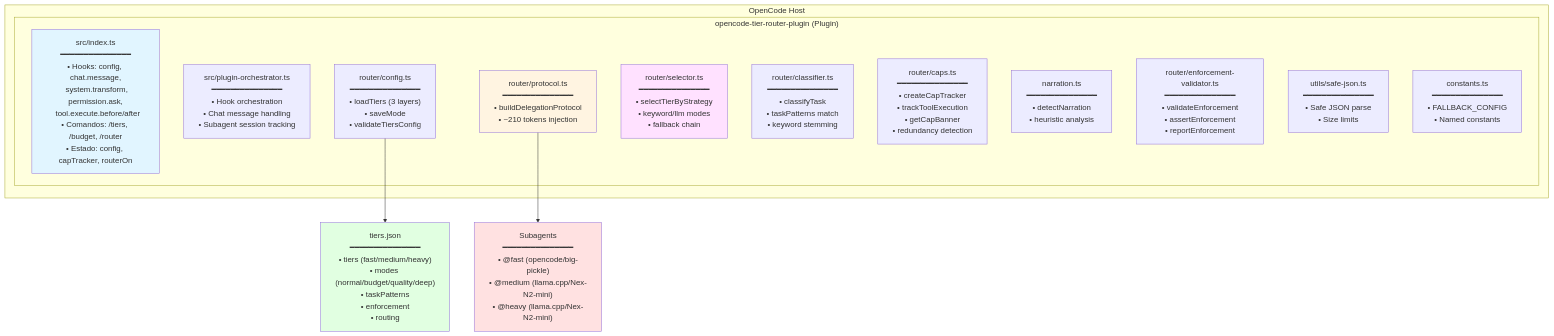
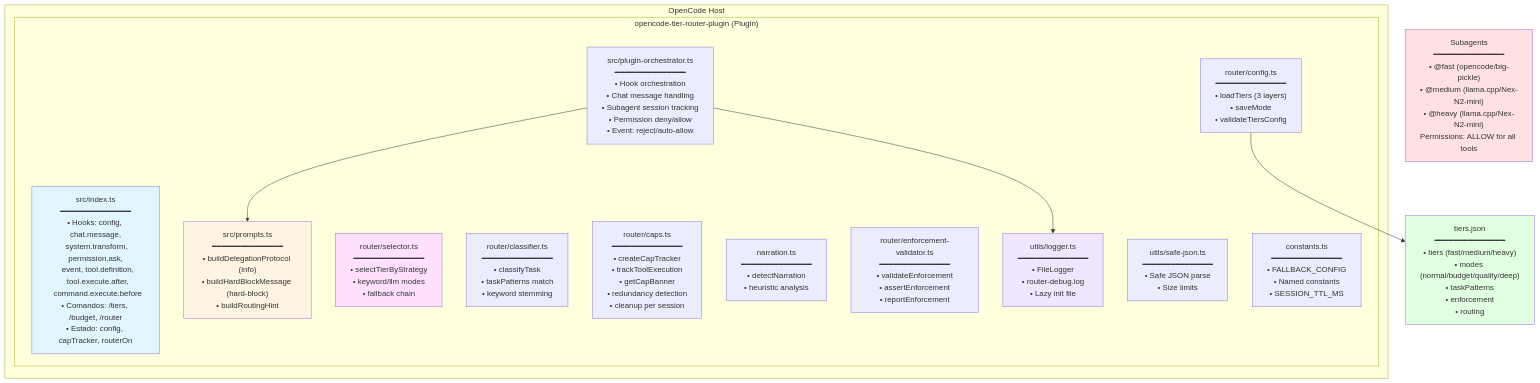
One commit to marcos2872/opencode-tier-router-plugin changed the first of 2 diagrams in docs/arquitetura.md. Above: the diagram before and after it, drawn with Mermaid. The commit also changed other lines of this file and 9 other files, not shown here.

First line of the commit message:
fix: replace programmatic permission blocking with prompt-based hard-block + fix /router command parsing

````diff
--- a/docs/arquitetura.md
+++ b/docs/arquitetura.md
@@ -113,42 +114,44 @@
 ```mermaid
 graph TD
     subgraph OpenCode["OpenCode Host"]
         subgraph Plugin["opencode-tier-router-plugin (Plugin)"]
-            Index["src/index.ts<br/>━━━━━━━━━━━━━━━<br/>• Hooks: config, chat.message,<br/>  system.transform, permission.ask,<br/>  tool.execute.before/after<br/>• Comandos: /tiers, /budget, /router<br/>• Estado: config, capTracker, routerOn"]
+            Index["src/index.ts<br/>━━━━━━━━━━━━━━━<br/>• Hooks: config, chat.message,<br/>  system.transform, permission.ask,<br/>  event, tool.definition,<br/>  tool.execute.after,<br/>  command.execute.before<br/>• Comandos: /tiers, /budget, /router<br/>• Estado: config, capTracker, routerOn"]
 
-            Orchestrator["src/plugin-orchestrator.ts<br/>━━━━━━━━━━━━━━━<br/>• Hook orchestration<br/>• Chat message handling<br/>• Subagent session tracking"]
+            Orchestrator["src/plugin-orchestrator.ts<br/>━━━━━━━━━━━━━━━<br/>• Hook orchestration<br/>• Chat message handling<br/>• Subagent session tracking<br/>• Permission deny/allow<br/>• Event: reject/auto-allow"]
 
             Config["router/config.ts<br/>━━━━━━━━━━━━━━━<br/>• loadTiers (3 layers)<br/>• saveMode<br/>• validateTiersConfig"]
 
-            Protocol["router/protocol.ts<br/>━━━━━━━━━━━━━━━<br/>• buildDelegationProtocol<br/>• ~210 tokens injection"]
+            Prompts["src/prompts.ts<br/>━━━━━━━━━━━━━━━<br/>• buildDelegationProtocol (info)<br/>• buildHardBlockMessage (hard-block)<br/>• buildRoutingHint"]
 
             Selector["router/selector.ts<br/>━━━━━━━━━━━━━━━<br/>• selectTierByStrategy<br/>• keyword/llm modes<br/>• fallback chain"]
 
             Classifier["router/classifier.ts<br/>━━━━━━━━━━━━━━━<br/>• classifyTask<br/>• taskPatterns match<br/>• keyword stemming"]
 
-            Caps["router/caps.ts<br/>━━━━━━━━━━━━━━━<br/>• createCapTracker<br/>• trackToolExecution<br/>• getCapBanner<br/>• redundancy detection"]
+            Caps["router/caps.ts<br/>━━━━━━━━━━━━━━━<br/>• createCapTracker<br/>• trackToolExecution<br/>• getCapBanner<br/>• redundancy detection<br/>• cleanup per session"]
 
             Narration["narration.ts<br/>━━━━━━━━━━━━━━━<br/>• detectNarration<br/>• heuristic analysis"]
 
+            EnfValidator["router/enforcement-validator.ts<br/>━━━━━━━━━━━━━━━<br/>• validateEnforcement<br/>• assertEnforcement<br/>• reportEnforcement"]
 
-
-            EnfValidator["router/enforcement-validator.ts<br/>━━━━━━━━━━━━━━━<br/>• validateEnforcement<br/>• assertEnforcement<br/>• reportEnforcement"]
+            Logger["utils/logger.ts<br/>━━━━━━━━━━━━━━━<br/>• FileLogger<br/>• router-debug.log<br/>• Lazy init file"]
 
             Utils["utils/safe-json.ts<br/>━━━━━━━━━━━━━━━<br/>• Safe JSON parse<br/>• Size limits"]
 
-            Constants["constants.ts<br/>━━━━━━━━━━━━━━━<br/>• FALLBACK_CONFIG<br/>• Named constants"]
+            Constants["constants.ts<br/>━━━━━━━━━━━━━━━<br/>• FALLBACK_CONFIG<br/>• Named constants<br/>• SESSION_TTL_MS"]
         end
     end
 
     TiersJSON["tiers.json<br/>━━━━━━━━━━━━━━━<br/>• tiers (fast/medium/heavy)<br/>• modes (normal/budget/quality/deep)<br/>• taskPatterns<br/>• enforcement<br/>• routing"]
 
-    Subagents["Subagents<br/>━━━━━━━━━━━━━━━<br/>• @fast (opencode/big-pickle)<br/>• @medium (llama.cpp/Nex-N2-mini)<br/>• @heavy (llama.cpp/Nex-N2-mini)"]
+    Subagents["Subagents<br/>━━━━━━━━━━━━━━━<br/>• @fast (opencode/big-pickle)<br/>• @medium (llama.cpp/Nex-N2-mini)<br/>• @heavy (llama.cpp/Nex-N2-mini)<br/>Permissions: ALLOW for all tools"]
     Config --> TiersJSON
-    Protocol --> Subagents
+    Orchestrator --> Prompts
+    Orchestrator --> Logger
 
     style Index fill:#e1f5ff
-    style Protocol fill:#fff4e1
+    style Prompts fill:#fff4e1
     style Selector fill:#ffe1ff
     style TiersJSON fill:#e1ffe1
     style Subagents fill:#ffe1e1
+    style Logger fill:#f0e6ff
 ```
````
